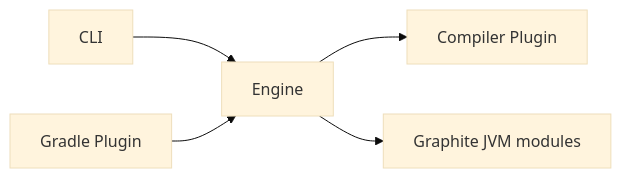
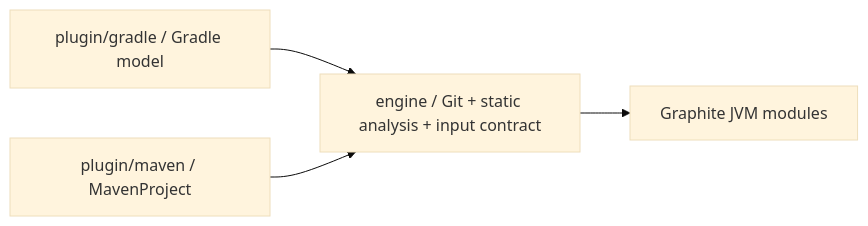
One commit to johnsonlee/GraphFold changed the first of 2 diagrams in docs/design.md. Above: the diagram before and after it, drawn with Mermaid (base theme). The commit also changed other lines of this file and 475 other files, not shown here.

Commit message:
Separate native build integrations from static control analysis (#4)

````diff
--- a/docs/design.md
+++ b/docs/design.md
@@ -74,7 +65,6 @@
 ```mermaid
 flowchart LR
-    CLI[CLI] --> E[Engine]
-    GP[Gradle Plugin] --> E
-    E --> CP[Compiler Plugin]
+    GP[plugin/gradle / Gradle model] --> E[engine / Git + static analysis + input contract]
+    MP[plugin/maven / MavenProject] --> E
     E --> G[Graphite JVM modules]
 ```
````
